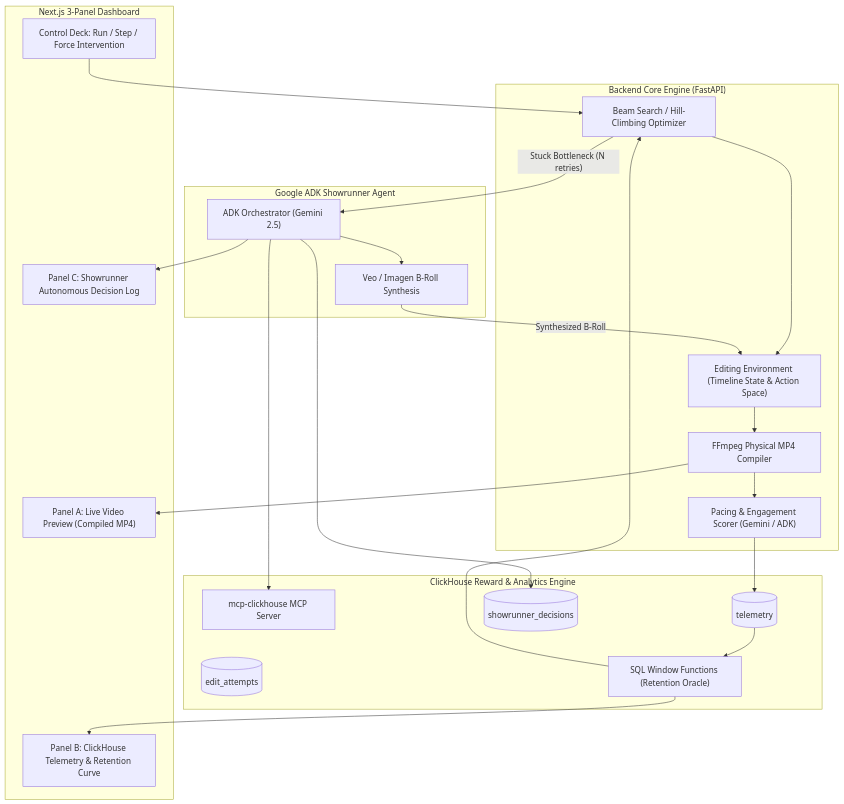
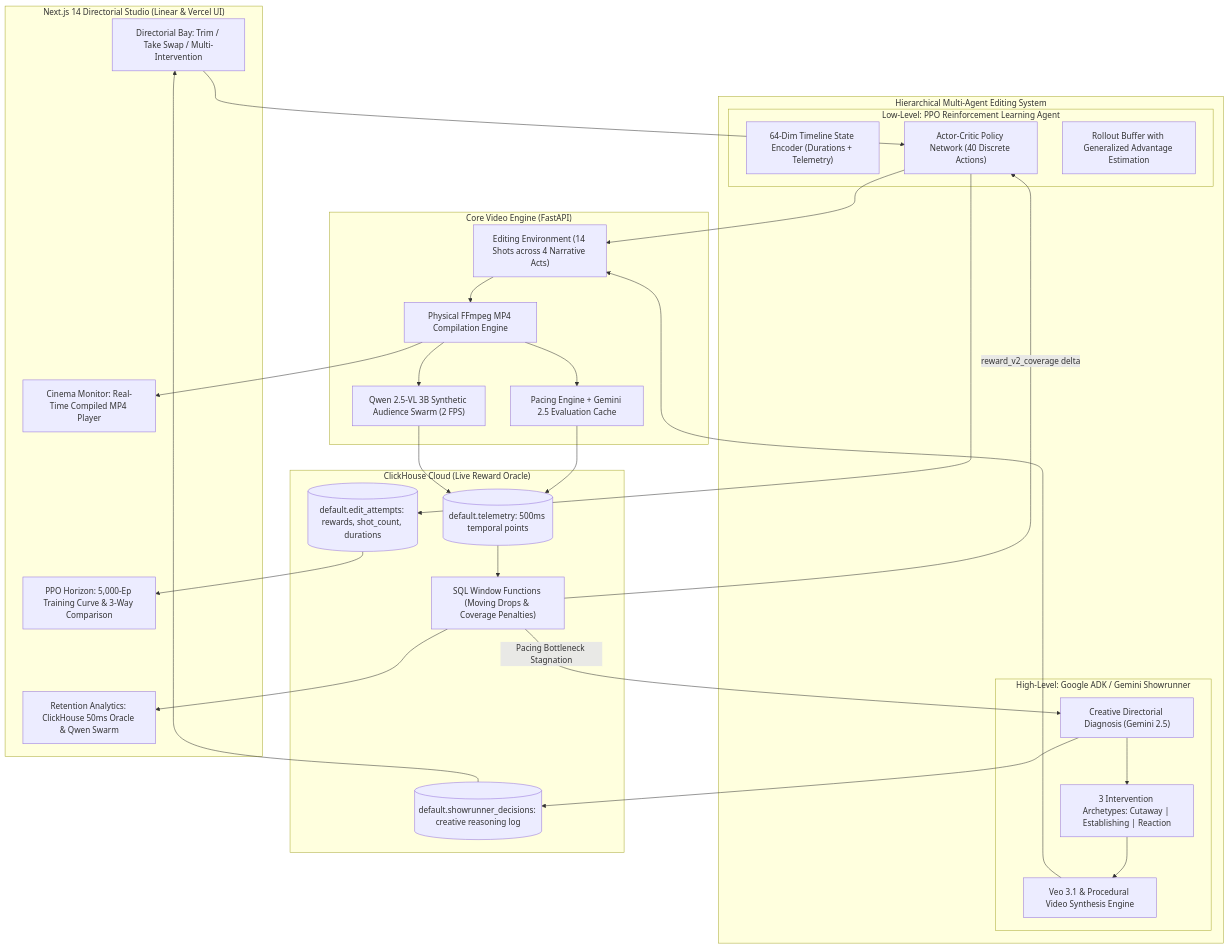
The diagram in README.md (AmanM006/neurocut), drawn with Mermaid before and after one commit. The commit also changed other lines of this file and 36 other files, not shown here.

Commit message:
feat(deploy): production dual-service deployment to Google Cloud Run, zero-timeout catch-all proxy, and verified live endpoints

````diff
--- a/README.md
+++ b/README.md
@@ -24,43 +28,52 @@
 ```mermaid
 flowchart TD
-    subgraph Frontend["Next.js 3-Panel Dashboard"]
-        UI_A["Panel A: Live Video Preview (Compiled MP4)"]
-        UI_B["Panel B: ClickHouse Telemetry & Retention Curve"]
-        UI_C["Panel C: Showrunner Autonomous Decision Log"]
-        UI_Ctrl["Control Deck: Run / Step / Force Intervention"]
+    subgraph Frontend["Next.js 14 Directorial Studio (Linear & Vercel UI)"]
+        UI_A["Cinema Monitor: Real-Time Compiled MP4 Player"]
+        UI_B["Retention Analytics: ClickHouse 50ms Oracle & Qwen Swarm"]
+        UI_C["Directorial Bay: Trim / Take Swap / Multi-Intervention"]
+        UI_D["PPO Horizon: 5,000-Ep Training Curve & 3-Way Comparison"]
     end
 
-    subgraph Core["Backend Core Engine (FastAPI)"]
-        Env["Editing Environment (Timeline State & Action Space)"]
-        FFmpeg["FFmpeg Physical MP4 Compiler"]
-        Scorer["Pacing & Engagement Scorer (Gemini / ADK)"]
-        Optimizer["Beam Search / Hill-Climbing Optimizer"]
+    subgraph Hierarchy["Hierarchical Multi-Agent Editing System"]
+        subgraph HighLevel["High-Level: Google ADK / Gemini Showrunner"]
+            Showrunner["Creative Directorial Diagnosis (Gemini 2.5)"]
+            VeoGen["Veo 3.1 & Procedural Video Synthesis Engine"]
+            Archetypes["3 Intervention Archetypes: Cutaway | Establishing | Reaction"]
+        end
+
+        subgraph LowLevel["Low-Level: PPO Reinforcement Learning Agent"]
+            StateEnc["64-Dim Timeline State Encoder (Durations + Telemetry)"]
+            Policy["Actor-Critic Policy Network (40 Discrete Actions)"]
+            Buffer["Rollout Buffer with Generalized Advantage Estimation"]
+        end
     end
 
-    subgraph Showrunner["Google ADK Showrunner Agent"]
-        ADK["ADK Orchestrator (Gemini 2.5)"]
-        Veo["Veo / Imagen B-Roll Synthesis"]
+    subgraph Engine["Core Video Engine (FastAPI)"]
+        Env["Editing Environment (14 Shots across 4 Narrative Acts)"]
+        FFmpeg["Physical FFmpeg MP4 Compilation Engine"]
+        Scorer["Pacing Engine + Gemini 2.5 Evaluation Cache"]
+        QwenSwarm["Qwen 2.5-VL 3B Synthetic Audience Swarm (2 FPS)"]
     end
 
-    subgraph Analytics["ClickHouse Reward & Analytics Engine"]
-        CH_MCP["mcp-clickhouse MCP Server"]
-        CH_Tel[("telemetry")]
-        CH_Att[("edit_attempts")]
-        CH_Dec[("showrunner_decisions")]
-        SQL_Win["SQL Window Functions (Retention Oracle)"]
+    subgraph ClickHouse["ClickHouse Cloud (Live Reward Oracle)"]
+        CH_Tel[("default.telemetry: 500ms temporal points")]
+        CH_Att[("default.edit_attempts: rewards, shot_count, durations")]
+        CH_Dec[("default.showrunner_decisions: creative reasoning log")]
+        CH_Win["SQL Window Functions (Moving Drops & Coverage Penalties)"]
     end
 
-    UI_Ctrl --> Optimizer
-    Optimizer --> Env
-    Env --> FFmpeg --> Scorer
-    Scorer --> CH_Tel
-    CH_Tel --> SQL_Win
-    SQL_Win --> Optimizer
-    Optimizer -- "Stuck Bottleneck (N retries)" --> ADK
-    ADK --> CH_MCP
-    ADK --> Veo -- "Synthesized B-Roll" --> Env
-    ADK --> CH_Dec
+    UI_C --> Policy
+    Policy --> Env
+    Env --> FFmpeg --> Scorer & QwenSwarm
+    Scorer & QwenSwarm --> CH_Tel
+    CH_Tel --> CH_Win
+    CH_Win -- "reward_v2_coverage delta" --> Policy
+    CH_Win -- "Pacing Bottleneck Stagnation" --> Showrunner
+    Showrunner --> Archetypes --> VeoGen --> Env
+    Showrunner --> CH_Dec
+    Policy --> CH_Att
     FFmpeg --> UI_A
-    SQL_Win --> UI_B
-    ADK --> UI_C
+    CH_Win --> UI_B
+    CH_Dec --> UI_C
+    CH_Att --> UI_D
 ```
````
